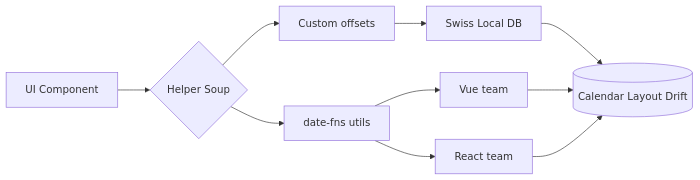
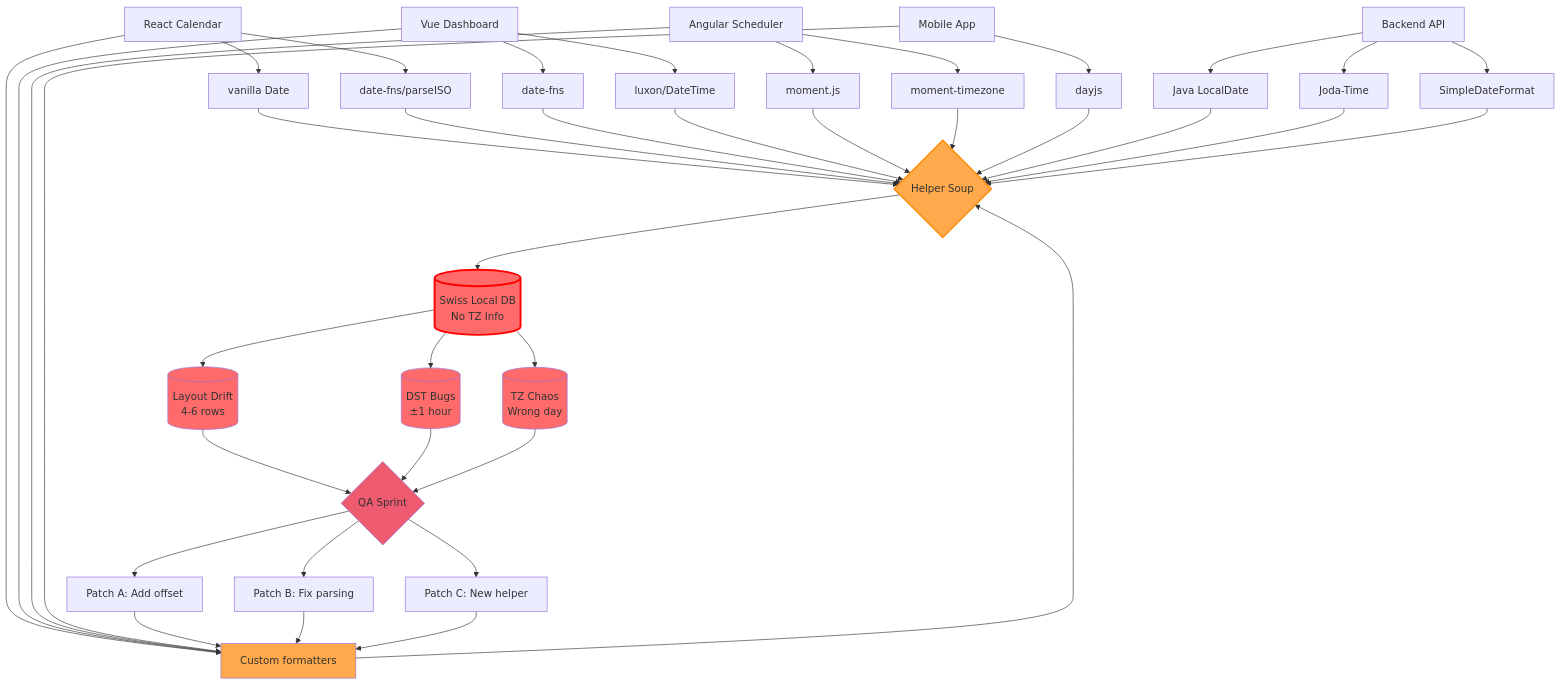
One commit to AleksejDix/usetemporal changed the first of 2 diagrams in packages/slides/slides.md. Above: the diagram before and after it, drawn with Mermaid. The commit also changed other lines of this file and 2 other files, not shown here.

````diff
--- a/packages/slides/slides.md
+++ b/packages/slides/slides.md
@@ -137,12 +69,59 @@
 ```mermaid
-graph LR
-  A[UI Component] --> B{Helper Soup}
-  B --> C[date-fns utils]
-  B --> D[Custom offsets]
-  D --> E[Swiss Local DB]
-  C --> F[React team]
-  C --> G[Vue team]
-  E --> H[(Calendar Layout Drift)]
-  G --> H
-  F --> H
+graph TD
+  A[React Calendar] --> B[vanilla Date]
+  A --> C[date-fns/parseISO]
+  A --> D[Custom formatters]
+
+  E[Vue Dashboard] --> F[date-fns]
+  E --> G[luxon/DateTime]
+  E --> D
+
+  H[Angular Scheduler] --> I[moment.js]
+  H --> J[moment-timezone]
+  H --> D
+
+  K[Mobile App] --> L[dayjs]
+  K --> D
+
+  M[Backend API] --> N[Java LocalDate]
+  M --> O[Joda-Time]
+  M --> P[SimpleDateFormat]
+
+  B --> Q{Helper Soup}
+  C --> Q
+  F --> Q
+  G --> Q
+  I --> Q
+  J --> Q
+  L --> Q
+  D --> Q
+  N --> Q
+  O --> Q
+  P --> Q
+
+  Q --> R[(Swiss Local DB<br/>No TZ Info)]
+
+  R --> S[(Layout Drift<br/>4-6 rows)]
+  R --> T[(DST Bugs<br/>±1 hour)]
+  R --> U[(TZ Chaos<br/>Wrong day)]
+
+  S --> V{QA Sprint}
+  T --> V
+  U --> V
+
+  V --> W[Patch A: Add offset]
+  V --> X[Patch B: Fix parsing]
+  V --> Y[Patch C: New helper]
+
+  W --> D
+  X --> D
+  Y --> D
+
+  style R fill:#ff6b6b,stroke:#ff0000,stroke-width:3px
+  style S fill:#ff6b6b
+  style T fill:#ff6b6b
+  style U fill:#ff6b6b
+  style Q fill:#ffa94d,stroke:#ff8800,stroke-width:2px
+  style D fill:#ffa94d
+  style V fill:#ee5a6f
 ```
````
